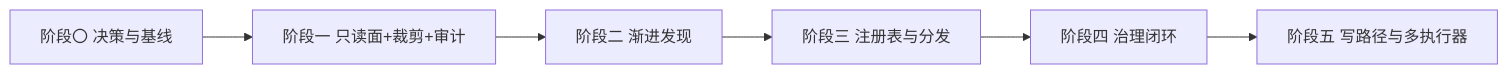
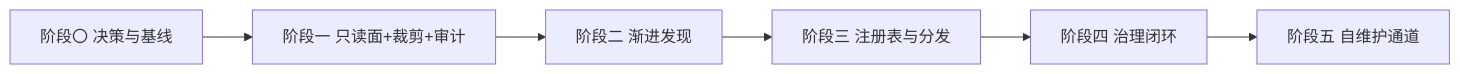
One commit to Nnyjk/jumcp changed the diagram in docs/plan/implementation-plan.md. Above: the diagram before and after it, drawn with Mermaid. The commit also changed other lines of this file and 161 other files, not shown here.

````diff
--- a/docs/plan/implementation-plan.md
+++ b/docs/plan/implementation-plan.md
@@ -40,8 +35,8 @@
 ```mermaid
 graph LR
   P0["阶段〇 决策与基线"] --> P1["阶段一 只读面+裁剪+审计"]
   P1 --> P2["阶段二 渐进发现"]
   P2 --> P3["阶段三 注册表与分发"]
   P3 --> P4["阶段四 治理闭环"]
-  P4 --> P5["阶段五 写路径与多执行器"]
+  P4 --> P5["阶段五 自维护通道"]
 ```
````
